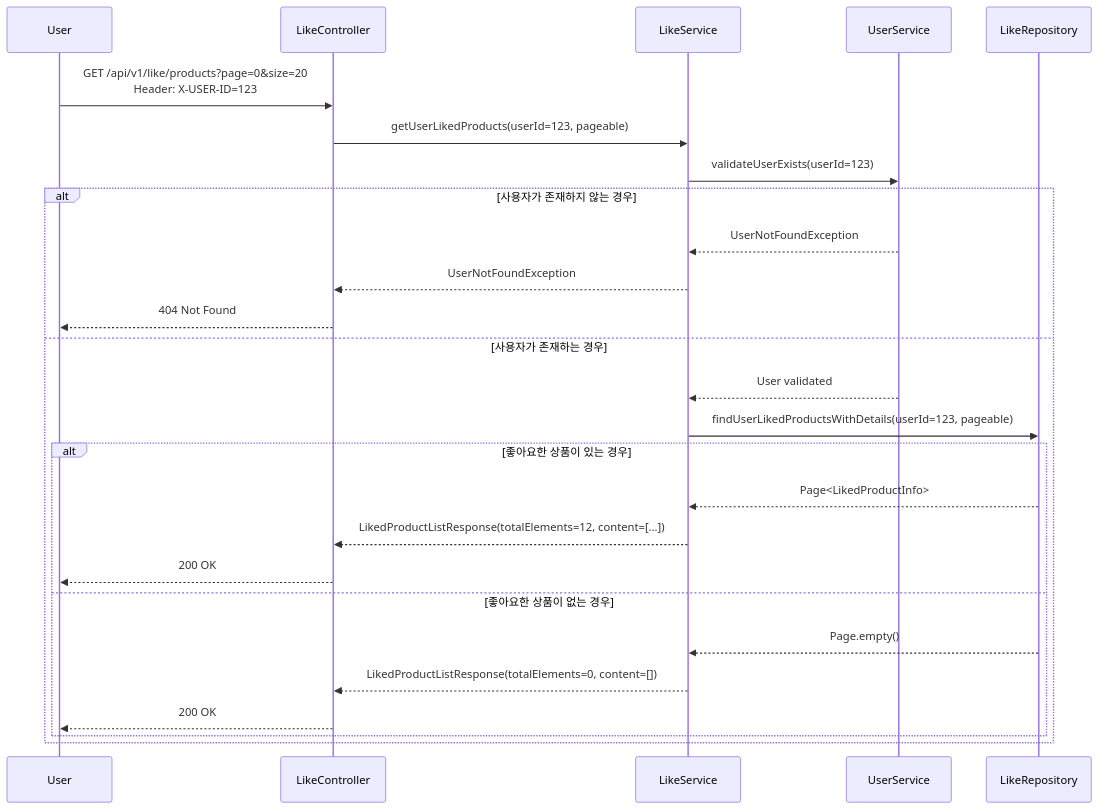
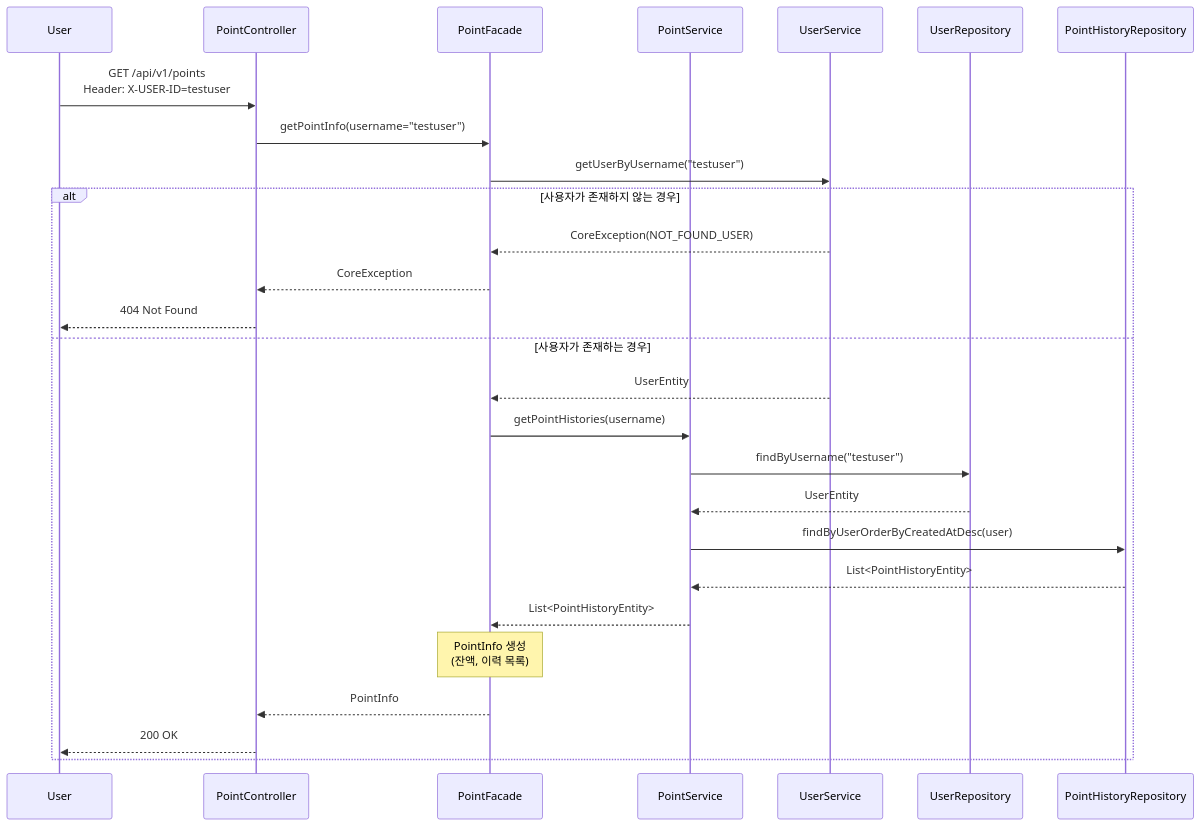
Before and after one commit to hyujikoh/loopers-spring-java-template: the eighth of 12 diagrams in docs/week2/02-sequence-diagrams.md, drawn with Mermaid. The commit also changed other lines of this file and 2 other files, not shown here.

````diff
--- a/docs/week2/02-sequence-diagrams.md
+++ b/docs/week2/02-sequence-diagrams.md
@@ -184,31 +268,34 @@
 ```mermaid
 sequenceDiagram
     participant User
-    participant LikeController
-    participant LikeService
+    participant PointController
+    participant PointFacade
+    participant PointService
     participant UserService
-    participant LikeRepository
+    participant UserRepository
+    participant PointHistoryRepository
 
-    User->>LikeController: GET /api/v1/like/products?page=0&size=20<br/>Header: X-USER-ID=123
-    LikeController->>LikeService: getUserLikedProducts(userId=123, pageable)
+    User->>PointController: GET /api/v1/points<br/>Header: X-USER-ID=testuser
+    PointController->>PointFacade: getPointInfo(username="testuser")
     
-    LikeService->>UserService: validateUserExists(userId=123)
+    PointFacade->>UserService: getUserByUsername("testuser")
     alt 사용자가 존재하지 않는 경우
-        UserService-->>LikeService: UserNotFoundException
-        LikeService-->>LikeController: UserNotFoundException
-        LikeController-->>User: 404 Not Found
+        UserService-->>PointFacade: CoreException(NOT_FOUND_USER)
+        PointFacade-->>PointController: CoreException
+        PointController-->>User: 404 Not Found
     else 사용자가 존재하는 경우
-        UserService-->>LikeService: User validated
-        LikeService->>LikeRepository: findUserLikedProductsWithDetails(userId=123, pageable)
+        UserService-->>PointFacade: UserEntity
         
-        alt 좋아요한 상품이 있는 경우
-            LikeRepository-->>LikeService: Page<LikedProductInfo>
-            LikeService-->>LikeController: LikedProductListResponse(totalElements=12, content=[...])
-            LikeController-->>User: 200 OK
-        else 좋아요한 상품이 없는 경우
-            LikeRepository-->>LikeService: Page.empty()
-            LikeService-->>LikeController: LikedProductListResponse(totalElements=0, content=[])
-            LikeController-->>User: 200 OK
-        end
+        PointFacade->>PointService: getPointHistories(username)
+        PointService->>UserRepository: findByUsername("testuser")
+        UserRepository-->>PointService: UserEntity
+        
+        PointService->>PointHistoryRepository: findByUserOrderByCreatedAtDesc(user)
+        PointHistoryRepository-->>PointService: List<PointHistoryEntity>
+        PointService-->>PointFacade: List<PointHistoryEntity>
+        
+        Note over PointFacade: PointInfo 생성<br/>(잔액, 이력 목록)
+        PointFacade-->>PointController: PointInfo
+        PointController-->>User: 200 OK
     end
 ```
````
